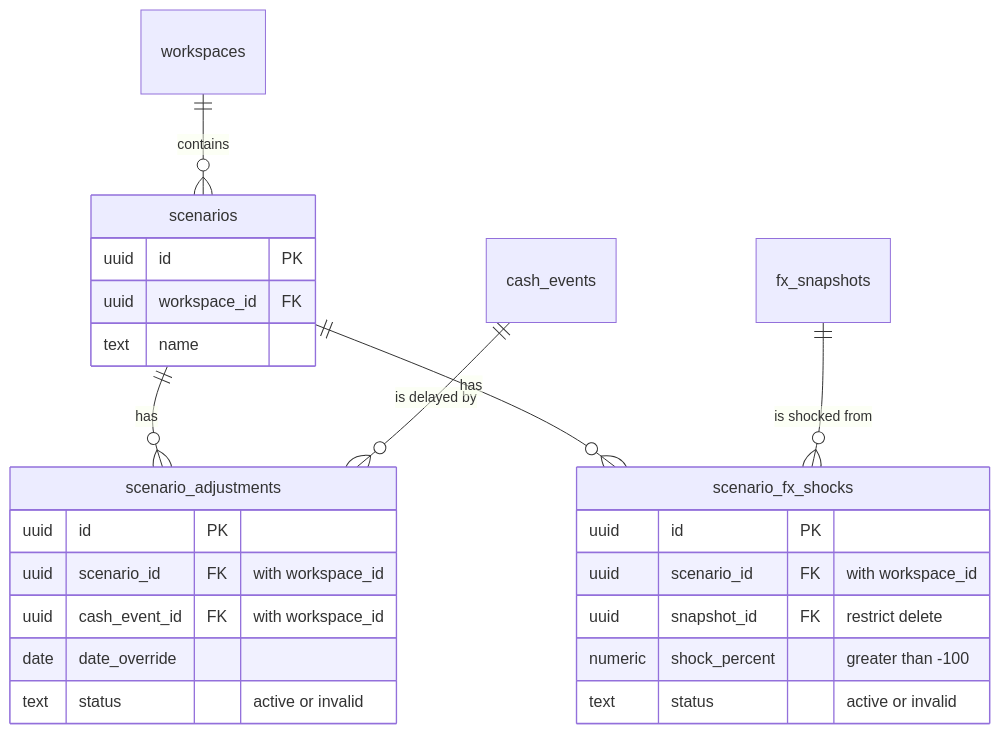
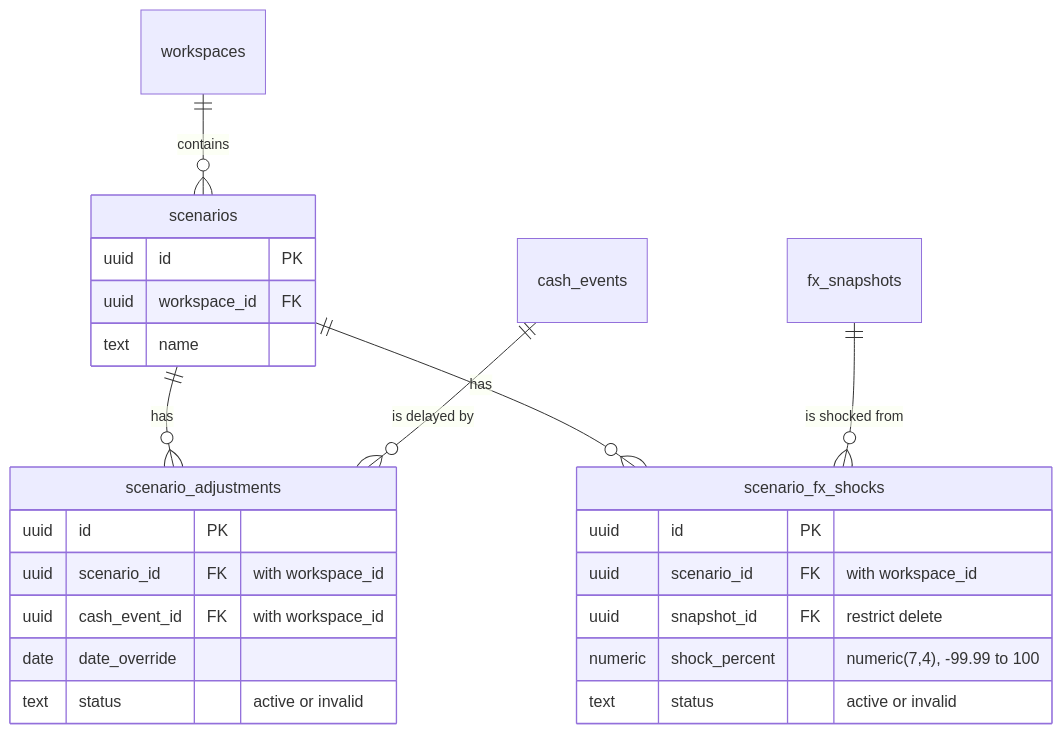
One commit to spqrcode/fseproject changed the second of 2 diagrams in docs/database.md. Above: the diagram before and after it, drawn with Mermaid. The commit also changed other lines of this file and 20 other files, not shown here.

````diff
--- a/docs/database.md
+++ b/docs/database.md
@@ -79,28 +79,28 @@
 ```mermaid
 erDiagram
   workspaces ||--o{ scenarios : "contains"
   scenarios ||--o{ scenario_adjustments : "has"
   cash_events ||--o{ scenario_adjustments : "is delayed by"
   scenarios ||--o{ scenario_fx_shocks : "has"
   fx_snapshots ||--o{ scenario_fx_shocks : "is shocked from"
 
   scenarios {
     uuid id PK
     uuid workspace_id FK
     text name
   }
   scenario_adjustments {
     uuid id PK
     uuid scenario_id FK "with workspace_id"
     uuid cash_event_id FK "with workspace_id"
     date date_override
     text status "active or invalid"
   }
   scenario_fx_shocks {
     uuid id PK
     uuid scenario_id FK "with workspace_id"
     uuid snapshot_id FK "restrict delete"
-    numeric shock_percent "greater than -100"
+    numeric shock_percent "numeric(7,4), -99.99 to 100"
     text status "active or invalid"
   }
 ```
````
